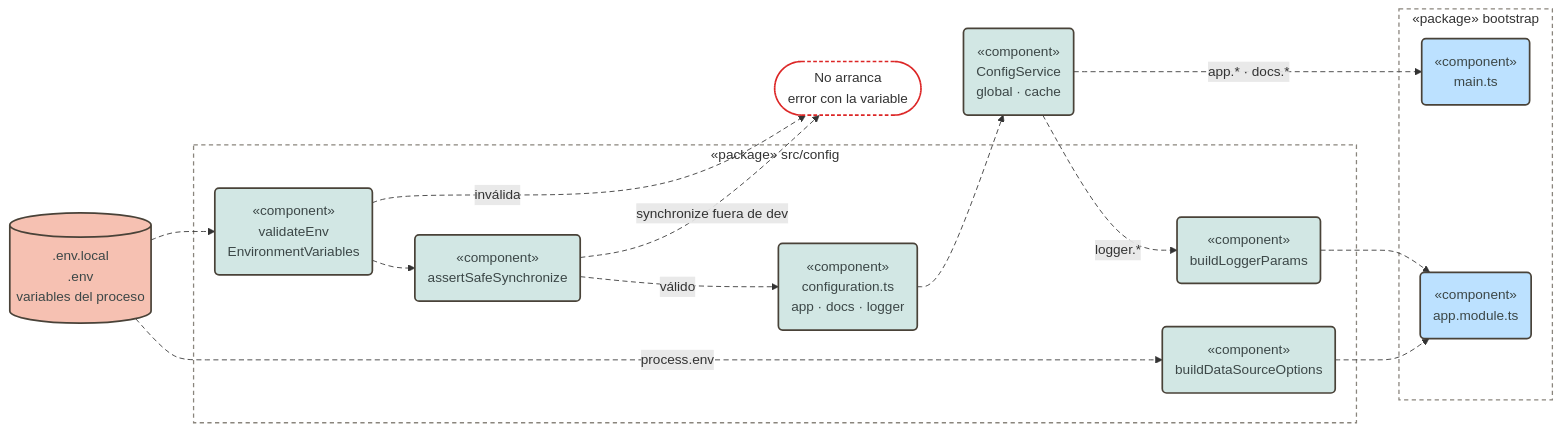
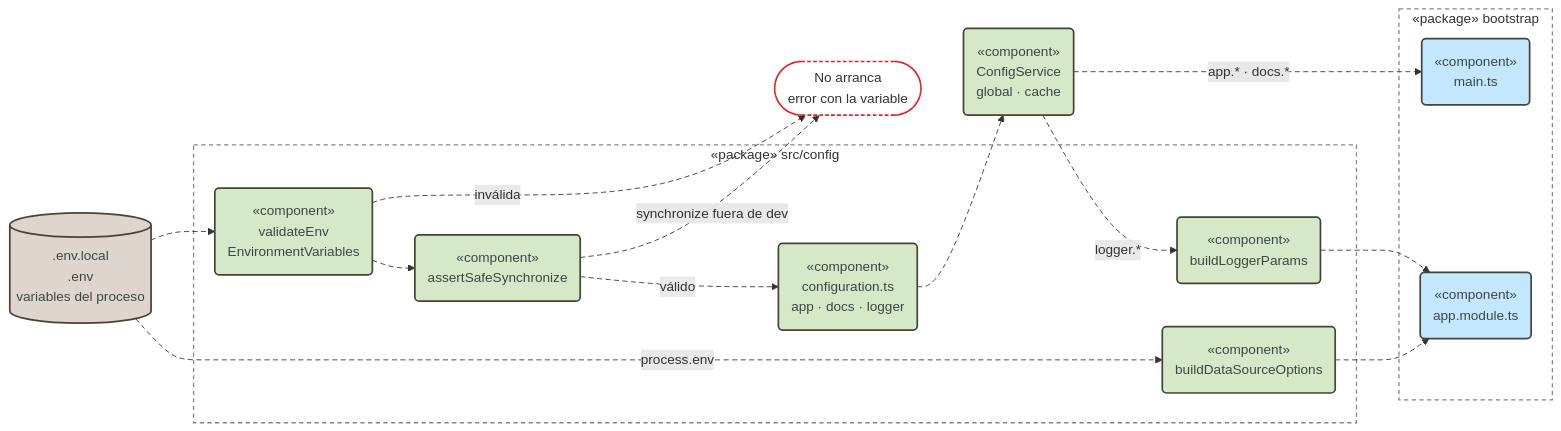
The ninth of 19 diagrams in docs/architecture.md (pcarroza91/nest-template), drawn with Mermaid before and after one commit. The commit also changed other lines of this file and 2 other files, not shown here.

First line of the commit message:
docs(architecture): colores por capa y componente en los diagramas Mermaid

````diff
--- a/docs/architecture.md
+++ b/docs/architecture.md
@@ -373,40 +403,40 @@
 ```mermaid
 flowchart LR
     FILES[(".env.local<br/>.env<br/>variables del proceso")]
     subgraph CONFIG["«package» src/config"]
         VAL("«component»<br/>validateEnv<br/>EnvironmentVariables")
         SYNC("«component»<br/>assertSafeSynchronize")
         NS("«component»<br/>configuration.ts<br/>app · docs · logger")
         DBO("«component»<br/>buildDataSourceOptions")
         LGP("«component»<br/>buildLoggerParams")
     end
     STOP(["No arranca<br/>error con la variable"])
     CS("«component»<br/>ConfigService<br/>global · cache")
     subgraph BOOT["«package» bootstrap"]
         MAIN("«component»<br/>main.ts")
         APPM("«component»<br/>app.module.ts")
     end
 
     FILES --> VAL
     VAL -- "inválida" --> STOP
     VAL --> SYNC
     SYNC -- "synchronize fuera de dev" --> STOP
     SYNC -- "válido" --> NS
     NS --> CS
     CS -- "app.* · docs.*" --> MAIN
     CS -- "logger.*" --> LGP
     FILES -- "process.env" --> DBO
     LGP & DBO --> APPM
 
-    classDef entry fill:#bce1ff,stroke:#494238,stroke-width:2px,color:#3c4747
-    classDef shared fill:#d2e7e4,stroke:#494238,stroke-width:2px,color:#3c4747
-    classDef ext fill:#f6c1b2,stroke:#494238,stroke-width:2px,color:#3c4747
+    classDef bootstrap fill:#c3e7ff,stroke:#494238,stroke-width:2px,color:#3c4747
+    classDef config fill:#d5e8c8,stroke:#494238,stroke-width:2px,color:#3c4747
+    classDef infra fill:#ded6ce,stroke:#494238,stroke-width:2px,color:#3c4747
     classDef bad fill:transparent,stroke:#dc2626,stroke-width:2px,stroke-dasharray:4 3
     classDef pkg fill:transparent,stroke:#8a857d,stroke-width:1.5px,stroke-dasharray:5 4
-    class MAIN,APPM entry
-    class VAL,SYNC,NS,DBO,LGP,CS shared
-    class FILES ext
+    class MAIN,APPM bootstrap
+    class VAL,SYNC,NS,DBO,LGP,CS config
+    class FILES infra
     class STOP bad
     class CONFIG,BOOT pkg
     linkStyle default stroke-dasharray:6 4
 ```
````
